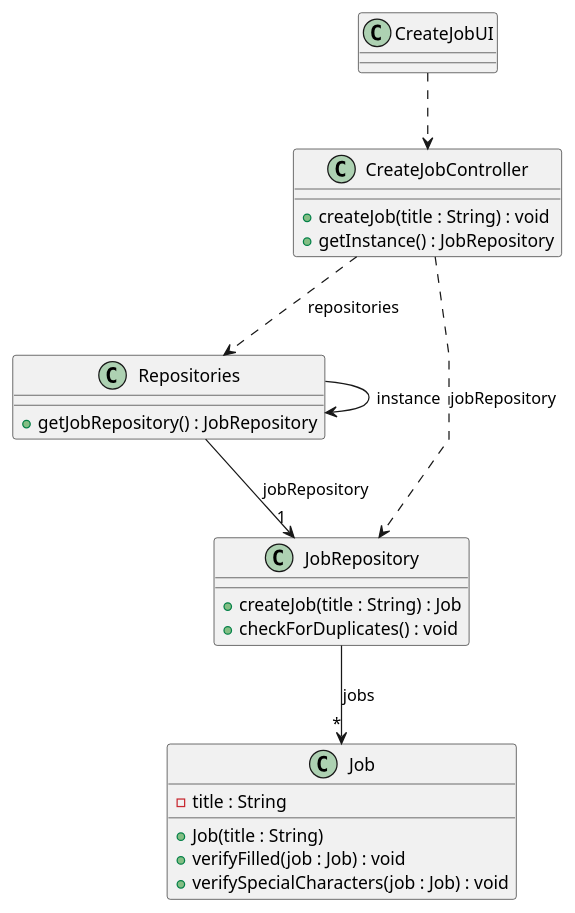
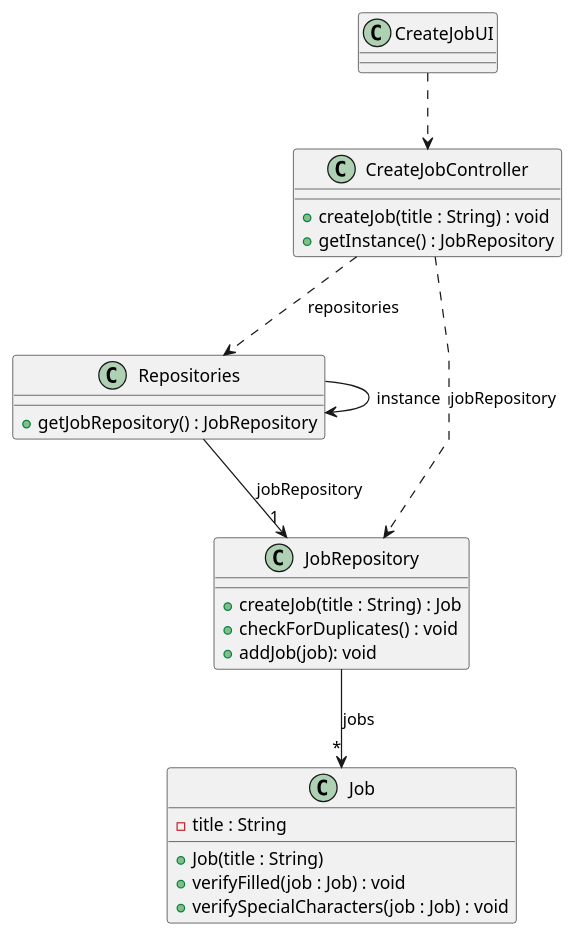
The diagram in docs/sprintB/us002/03.design/puml/us002-class-diagram.puml (ricardomm7/leaflink), drawn with PlantUML before and after one commit. The commit also changed 30 other files, not shown here.

```diff
--- a/docs/sprintB/us002/03.design/puml/us002-class-diagram.puml
+++ b/docs/sprintB/us002/03.design/puml/us002-class-diagram.puml
@@ -1,39 +1,40 @@
 @startuml
 skinparam packageStyle rectangle
 skinparam shadowing false
 skinparam linetype polyline
 
 'left to right direction
 
 class CreateJobUI {
 }
 
 class CreateJobController {
     +createJob(title : String) : void
     +getInstance() : JobRepository
 }
 
 class Repositories {
     +getJobRepository() : JobRepository
 }
 
 class JobRepository {
     +createJob(title : String) : Job
     +checkForDuplicates() : void
+    +addJob(job): void
 }
 
 class Job {
     - title : String
     + Job(title : String)
     +verifyFilled(job : Job) : void
     +verifySpecialCharacters(job : Job) : void
 }
 
 CreateJobUI ..> CreateJobController
 Repositories --> "1" JobRepository : jobRepository
 Repositories --> Repositories : instance
 JobRepository --> "*" Job : jobs
 CreateJobController ..> Repositories : repositories
 CreateJobController ..> JobRepository : jobRepository
 
 @enduml
```
